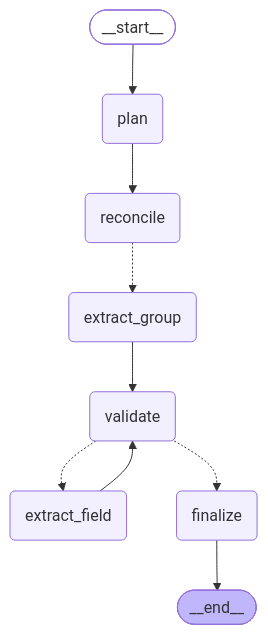
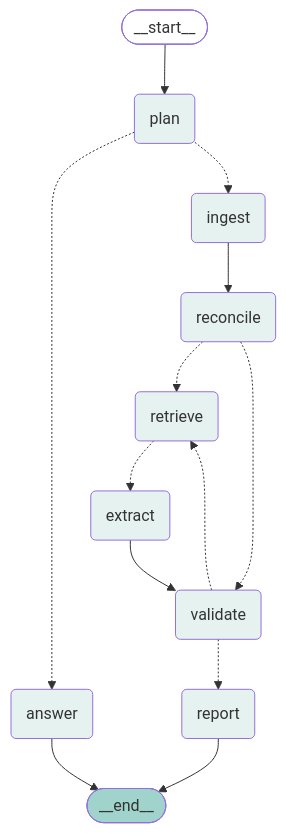
Before and after one commit to PriyanshuGeTRekT/rfp-intelligence: the second of 2 diagrams in docs/architecture.md, drawn with Mermaid. The commit also changed other lines of this file and 155 other files, not shown here.

````diff
--- a/docs/architecture.md
+++ b/docs/architecture.md
@@ -82,22 +95,28 @@
 ```mermaid
 graph TD;
 	__start__([<p>__start__</p>]):::first
 	plan(plan)
+	ingest(ingest)
 	reconcile(reconcile)
-	extract_group(extract_group)
-	extract_field(extract_field)
+	extract(extract)
 	validate(validate)
-	finalize(finalize)
+	report(report)
+	answer(answer)
+	retrieve(retrieve)
 	__end__([<p>__end__</p>]):::last
 	__start__ --> plan;
-	extract_field --> validate;
-	extract_group --> validate;
-	plan --> reconcile;
-	reconcile -.-> extract_group;
-	validate -.-> extract_field;
-	validate -.-> finalize;
-	finalize --> __end__;
-	classDef default fill:#f2f0ff,line-height:1.2
+	extract --> validate;
+	ingest --> reconcile;
+	plan -.-> answer;
+	plan -.-> ingest;
+	reconcile -.-> retrieve;
+	reconcile -.-> validate;
+	retrieve -.-> extract;
+	validate -.-> report;
+	validate -.-> retrieve;
+	answer --> __end__;
+	report --> __end__;
+	classDef default fill:#e6f2f0,line-height:1.2
 	classDef first fill-opacity:0
-	classDef last fill:#bfb6fc
+	classDef last fill:#9fd3cb
 ```
````
